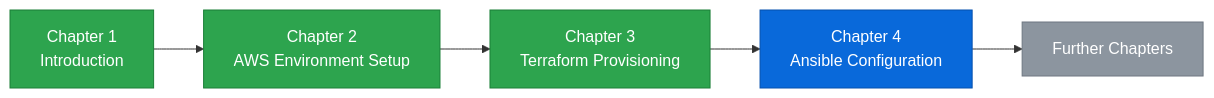
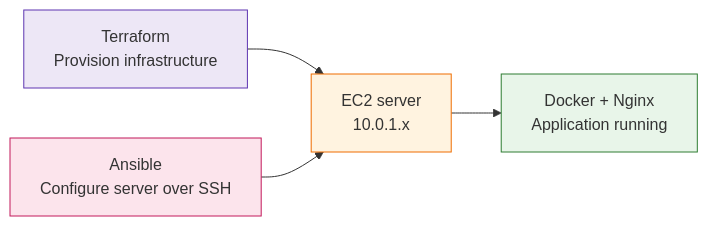
Diagram 19 of 19 in README.md (shubhamdeshmukh1027/DevOps-Mini-Projects), drawn with Mermaid before and after one commit. The commit also changed other lines of this file, not shown here.

````diff
--- a/README.md
+++ b/README.md
@@ -190,11 +807,11 @@
 ```mermaid
 flowchart LR
-    C1["Chapter 1<br/>Introduction"]:::done --> C2["Chapter 2<br/>AWS Environment Setup"]:::done
-    C2 --> C3["Chapter 3<br/>Terraform Provisioning"]:::done
-    C3 --> C4["Chapter 4<br/>Ansible Configuration"]:::next
-    C4 --> C5["Further Chapters"]:::future
+    TF["Terraform<br/>Provision infrastructure"] --> EC2["EC2 server<br/>10.0.1.x"]
+    AN["Ansible<br/>Configure server over SSH"] --> EC2
+    EC2 --> APP["Docker + Nginx<br/>Application running"]
 
-    classDef done fill:#2da44e,color:#fff,stroke:#1a7f37
-    classDef next fill:#0969da,color:#fff,stroke:#0550ae
-    classDef future fill:#8c959f,color:#fff,stroke:#6e7781
+    style TF fill:#EDE7F6,stroke:#5E35B1
+    style AN fill:#FCE4EC,stroke:#C2185B
+    style EC2 fill:#FFF3E0,stroke:#EF6C00
+    style APP fill:#E8F5E9,stroke:#2E7D32
 ```
````
